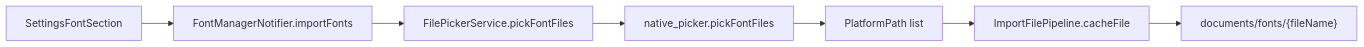
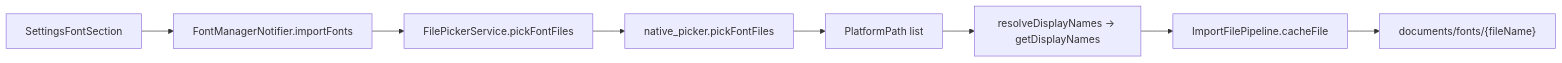
Before and after one commit to MilkFeng/lumina: the second of 2 diagrams in docs/AGENTS/MULTIPLATFORM_ARCHITECTURE.md, drawn with Mermaid. The commit also changed other lines of this file and 7 other files, not shown here.

````diff
--- a/docs/AGENTS/MULTIPLATFORM_ARCHITECTURE.md
+++ b/docs/AGENTS/MULTIPLATFORM_ARCHITECTURE.md
@@ -240,9 +245,10 @@
 ```mermaid
 flowchart LR
   UI["SettingsFontSection"] --> Notifier["FontManagerNotifier.importFonts"]
   Notifier --> Picker["FilePickerService.pickFontFiles"]
   Picker --> Native["native_picker.pickFontFiles"]
   Native --> Paths["PlatformPath list"]
-  Paths --> Cache["ImportFilePipeline.cacheFile"]
+  Paths --> Names["resolveDisplayNames → getDisplayNames"]
+  Names --> Cache["ImportFilePipeline.cacheFile"]
   Cache --> Fonts["documents/fonts/{fileName}"]
 ```
````
